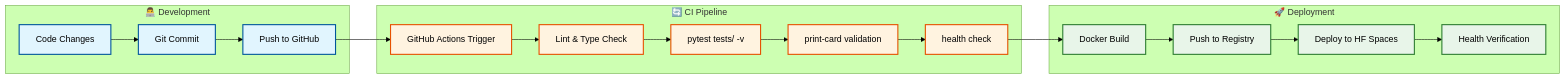
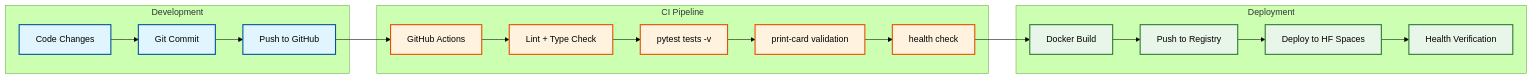
Diagram 12 of 15 in legacy/simone-mcp/docs/architecture.md (OpenSIN-Code/SIN-Code), drawn with Mermaid (forest theme) before and after one commit. The commit also changed other lines of this file, not shown here.

First line of the commit message:
Fix ALL Mermaid diagram syntax errors - enterprise-level compliance

````diff
--- a/legacy/simone-mcp/docs/architecture.md
+++ b/legacy/simone-mcp/docs/architecture.md
@@ -448,30 +438,31 @@
 ```mermaid
-graph LR
-    subgraph Dev["👨‍💻 Development"]
-        CODE[Code Changes] --> COMMIT[Git Commit]
-        COMMIT --> PUSH[Push to GitHub]
+flowchart LR
+    subgraph DevPhase["Development"]
+        CODE["Code Changes"] --> COMMIT["Git Commit"]
+        COMMIT --> PUSH["Push to GitHub"]
     end
 
-    subgraph CI["🔄 CI Pipeline"]
-        PUSH --> TRIGGER[GitHub Actions Trigger]
-        TRIGGER --> LINT[Lint & Type Check]
-        LINT --> TEST[pytest tests/ -v]
-        TEST --> CARD[print-card validation]
-        CARD --> HEALTH[health check]
+    subgraph CIPhase["CI Pipeline"]
+        TRIGGER["GitHub Actions"] --> LINT["Lint + Type Check"]
+        LINT --> TEST["pytest tests -v"]
+        TEST --> CARD["print-card validation"]
+        CARD --> HEALTHCHECK["health check"]
     end
 
-    subgraph Deploy["🚀 Deployment"]
-        HEALTH --> BUILD[Docker Build]
-        BUILD --> PUSH_IMG[Push to Registry]
-        PUSH_IMG --> DEPLOY_HF[Deploy to HF Spaces]
-        DEPLOY_HF --> VERIFY[Health Verification]
+    subgraph DeployPhase["Deployment"]
+        BUILD["Docker Build"] --> PUSHIMG["Push to Registry"]
+        PUSHIMG --> DEPLOYHF["Deploy to HF Spaces"]
+        DEPLOYHF --> VERIFY["Health Verification"]
     end
 
-    classDef dev fill:#e1f5fe,stroke:#01579b,stroke-width:2px
-    classDef ci fill:#fff3e0,stroke:#e65100,stroke-width:2px
-    classDef deploy fill:#e8f5e9,stroke:#2e7d32,stroke-width:2px
+    PUSH --> TRIGGER
+    HEALTHCHECK --> BUILD
 
-    class CODE,COMMIT,PUSH dev
-    class TRIGGER,LINT,TEST,CARD,HEALTH ci
-    class BUILD,PUSH_IMG,DEPLOY_HF,VERIFY deploy
+    classDef devClass fill:#e1f5fe,stroke:#01579b,stroke-width:2px
+    classDef ciClass fill:#fff3e0,stroke:#e65100,stroke-width:2px
+    classDef deployClass fill:#e8f5e9,stroke:#2e7d32,stroke-width:2px
+
+    class CODE,COMMIT,PUSH devClass
+    class TRIGGER,LINT,TEST,CARD,HEALTHCHECK ciClass
+    class BUILD,PUSHIMG,DEPLOYHF,VERIFY deployClass
 ```
````
